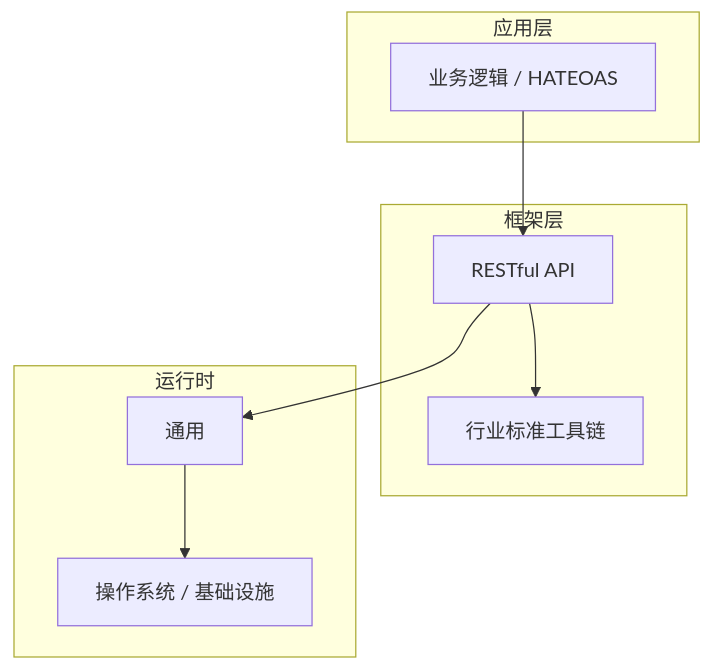
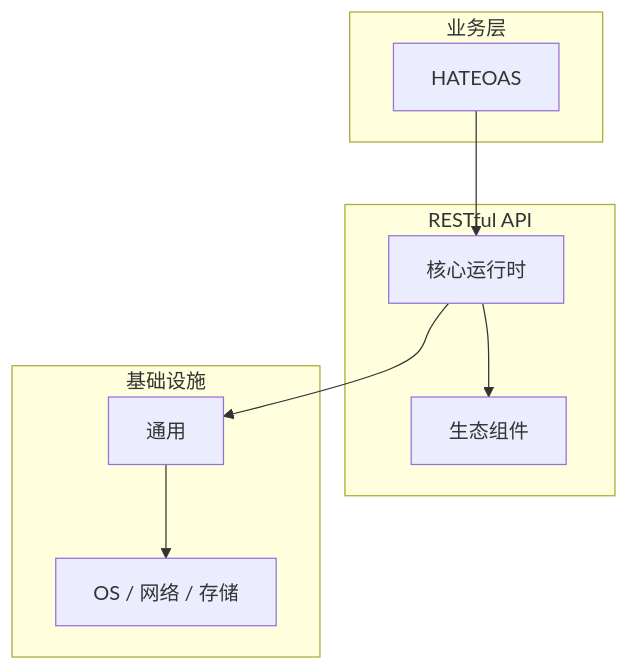
The diagram in articles/RESTful API/chapters/091-HATEOAS核心概念与原理.md (yanggan2015/knowledge-json-v2), drawn with Mermaid before and after one commit. The commit also changed other lines of this file and 10127 other files, not shown here.

````diff
--- a/articles/RESTful API/chapters/091-HATEOAS核心概念与原理.md
+++ b/articles/RESTful API/chapters/091-HATEOAS核心概念与原理.md
@@ -45,18 +34,18 @@
 ```mermaid
 graph TB
-    subgraph 应用层
-        A[业务逻辑 / HATEOAS]
+    subgraph 业务层
+        A[HATEOAS]
     end
-    subgraph 框架层
-        B[RESTful API]
-        C[行业标准工具链]
+    subgraph RESTful API
+        B[核心运行时]
+        C[生态组件]
     end
-    subgraph 运行时
+    subgraph 基础设施
         D[通用]
-        E[操作系统 / 基础设施]
+        E[OS / 网络 / 存储]
     end
     A --> B
     B --> C
     B --> D
     D --> E
 ```
````
